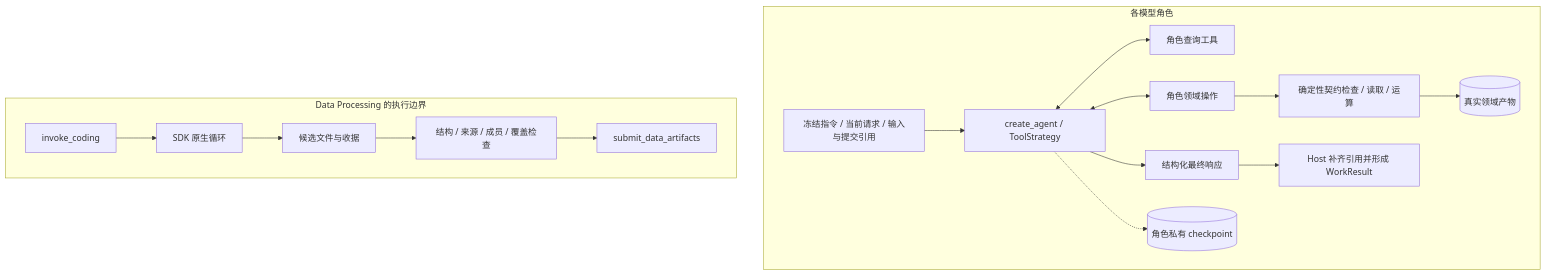
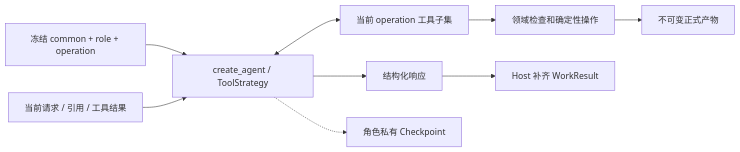
Before and after one commit to fly233338/MedBenchAgent: the third of 3 diagrams in docs/ARCHITECTURE.md, drawn with Mermaid. The commit also changed other lines of this file and 150 other files, not shown here.

````diff
--- a/docs/ARCHITECTURE.md
+++ b/docs/ARCHITECTURE.md
@@ -74,19 +55,11 @@
 ```mermaid
-flowchart TB
-    subgraph NativeAgent[各模型角色]
-        Context[冻结指令 / 当前请求 / 输入与提交引用] --> Model[create_agent / ToolStrategy]
-        Model <--> Read[角色查询工具]
-        Model <--> Operate[角色领域操作]
-        Operate --> Domain[确定性契约检查 / 读取 / 运算]
-        Domain --> Products[(真实领域产物)]
-        Model --> Response[结构化最终响应]
-        Response --> Host[Host 补齐引用并形成 WorkResult]
-        Model -.-> Private[(角色私有 checkpoint)]
-    end
-    subgraph DataProcessing[Data Processing 的执行边界]
-        Invoke[invoke_coding] --> SDK[SDK 原生循环]
-        SDK --> Candidate[候选文件与收据]
-        Candidate --> Validate[结构 / 来源 / 成员 / 覆盖检查]
-        Validate --> Submit[submit_data_artifacts]
-    end
+flowchart LR
+    Prompt[冻结 common + role + operation] --> Model[create_agent / ToolStrategy]
+    Context[当前请求 / 引用 / 工具结果] --> Model
+    Model <--> Tools[当前 operation 工具子集]
+    Tools --> Check[领域检查和确定性操作]
+    Check --> Products[不可变正式产物]
+    Model --> Response[结构化响应]
+    Response --> Host[Host 补齐 WorkResult]
+    Model -.-> Private[角色私有 Checkpoint]
 ```
````
